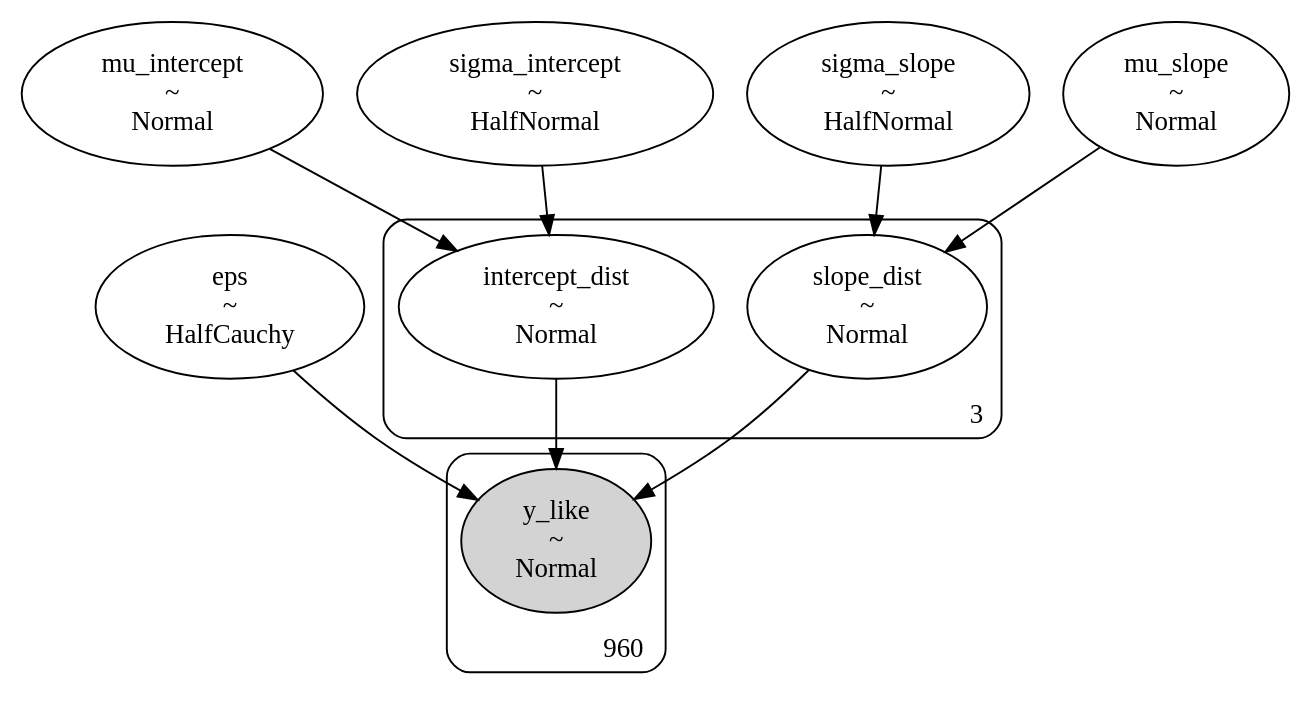
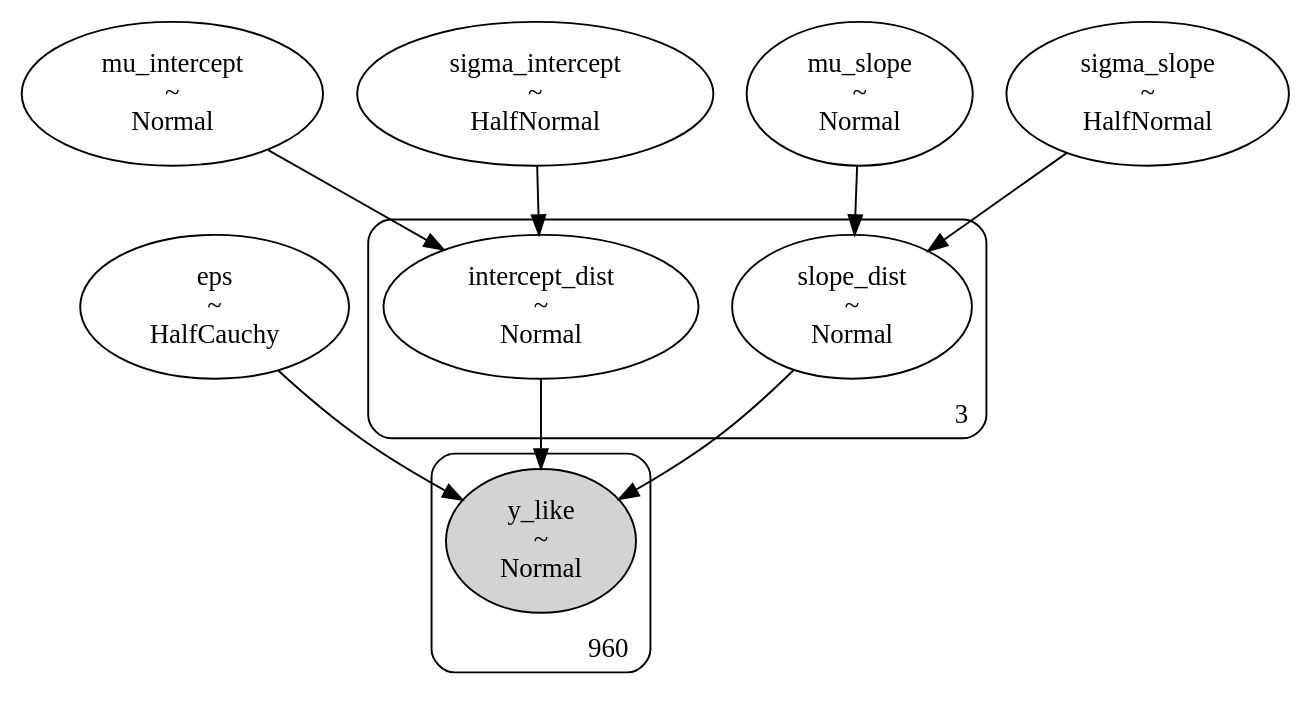
Before and after one commit to bsgarcia/RetrieveAndCompareAnalysis: the diagram in python/Digraph.gv, drawn with Graphviz. The commit also changed other lines of this file and 2 other files, not shown here.

```diff
--- a/python/Digraph.gv
+++ b/python/Digraph.gv
@@ -1,39 +1,39 @@
 digraph {
 	eps [label="eps
 ~
 HalfCauchy"]
 	mu_intercept [label="mu_intercept
 ~
 Normal"]
+	mu_slope [label="mu_slope
+~
+Normal"]
+	sigma_intercept [label="sigma_intercept
+~
+HalfNormal"]
 	sigma_slope [label="sigma_slope
 ~
 HalfNormal"]
-	sigma_intercept [label="sigma_intercept
-~
-HalfNormal"]
-	mu_slope [label="mu_slope
+	subgraph cluster3 {
+		slope_dist [label="slope_dist
 ~
 Normal"]
-	subgraph cluster3 {
 		intercept_dist [label="intercept_dist
-~
-Normal"]
-		slope_dist [label="slope_dist
 ~
 Normal"]
 		label=3 labeljust=r labelloc=b style=rounded
 	}
 	subgraph cluster960 {
 		y_like [label="y_like
 ~
 Normal" style=filled]
 		label=960 labeljust=r labelloc=b style=rounded
 	}
 	mu_intercept -> intercept_dist
 	sigma_intercept -> intercept_dist
+	sigma_slope -> slope_dist
 	mu_slope -> slope_dist
-	sigma_slope -> slope_dist
+	eps -> y_like
+	slope_dist -> y_like
 	intercept_dist -> y_like
-	slope_dist -> y_like
-	eps -> y_like
 }
```
